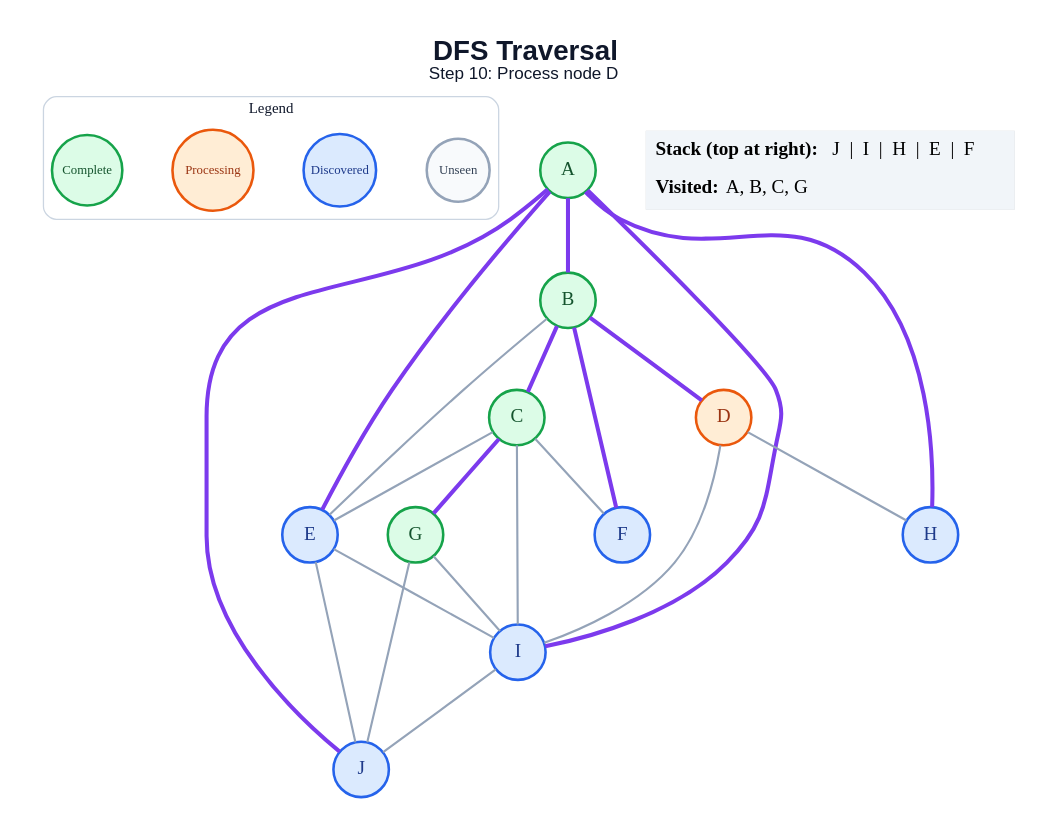
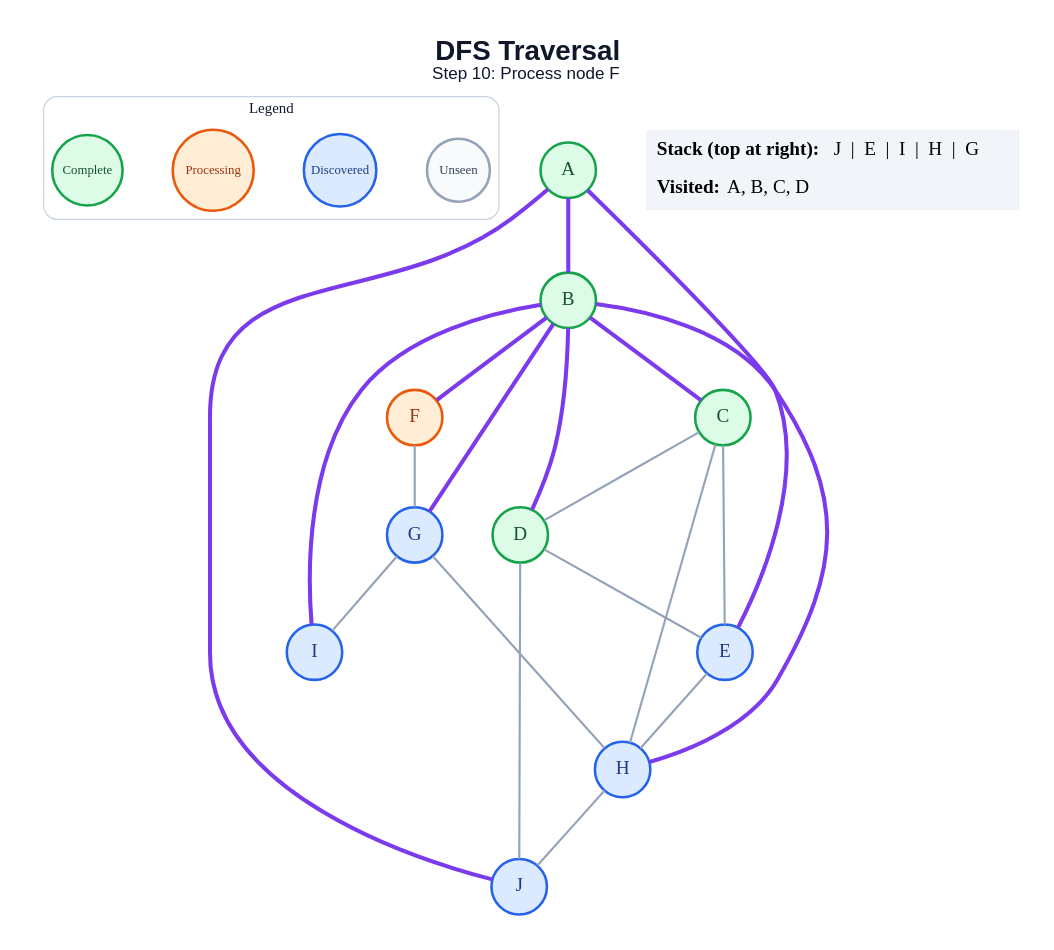
One commit to anon7238593-create/ai-slop changed the diagram in generated/dfs/step_10.dot. Above: the diagram before and after it, drawn with Graphviz. The commit also changed 178 other files, not shown here.

```diff
--- a/generated/dfs/step_10.dot
+++ b/generated/dfs/step_10.dot
@@ -1,49 +1,48 @@
 graph traversal {
   graph [layout=dot, rankdir=TB, bgcolor="#FFFFFF", pad="0.35", nodesep="0.65", ranksep="0.8", fontname="Arial"];
   node [shape=circle, style="filled", fontname="Arial Bold", fontsize=18, width=0.72, fixedsize=true, penwidth=2.4];
   edge [color="#94A3B8", penwidth=2.0];
-  label=<<B>DFS Traversal</B><BR/><FONT POINT-SIZE="16">Step 10: Process node D</FONT>>; labelloc="t"; fontsize=26; fontname="Arial"; fontcolor="#0F172A";
+  label=<<B>DFS Traversal</B><BR/><FONT POINT-SIZE="16">Step 10: Process node F</FONT>>; labelloc="t"; fontsize=26; fontname="Arial"; fontcolor="#0F172A";
   subgraph cluster_legend { label="Legend"; color="#CBD5E1"; penwidth=1.2; style="rounded"; fontsize=14; fontname="Arial Bold";
     key_unseen [label="Unseen", fillcolor="#F8FAFC", color="#94A3B8", fontcolor="#334155", fontsize=12, width=0.82];
     key_frontier [label="Discovered", fillcolor="#DBEAFE", color="#2563EB", fontcolor="#1E3A8A", fontsize=12, width=0.95];
     key_current [label="Processing", fillcolor="#FFEDD5", color="#EA580C", fontcolor="#9A3412", fontsize=12, width=1.05];
     key_done [label="Complete", fillcolor="#DCFCE7", color="#16A34A", fontcolor="#14532D", fontsize=12, width=0.92];
     { rank=same; key_unseen; key_frontier; key_current; key_done; }
   }
   A [fillcolor="#DCFCE7", color="#16A34A", fontcolor="#14532D"];
   B [fillcolor="#DCFCE7", color="#16A34A", fontcolor="#14532D"];
   C [fillcolor="#DCFCE7", color="#16A34A", fontcolor="#14532D"];
-  D [fillcolor="#FFEDD5", color="#EA580C", fontcolor="#9A3412"];
+  D [fillcolor="#DCFCE7", color="#16A34A", fontcolor="#14532D"];
   E [fillcolor="#DBEAFE", color="#2563EB", fontcolor="#1E3A8A"];
-  F [fillcolor="#DBEAFE", color="#2563EB", fontcolor="#1E3A8A"];
-  G [fillcolor="#DCFCE7", color="#16A34A", fontcolor="#14532D"];
+  F [fillcolor="#FFEDD5", color="#EA580C", fontcolor="#9A3412"];
+  G [fillcolor="#DBEAFE", color="#2563EB", fontcolor="#1E3A8A"];
   H [fillcolor="#DBEAFE", color="#2563EB", fontcolor="#1E3A8A"];
   I [fillcolor="#DBEAFE", color="#2563EB", fontcolor="#1E3A8A"];
   J [fillcolor="#DBEAFE", color="#2563EB", fontcolor="#1E3A8A"];
   A -- B [color="#7C3AED", penwidth=3.8];
   A -- E [color="#7C3AED", penwidth=3.8];
-  A -- H [color="#7C3AED", penwidth=3.8];
-  A -- I [color="#7C3AED", penwidth=3.8];
   A -- J [color="#7C3AED", penwidth=3.8];
   B -- C [color="#7C3AED", penwidth=3.8];
   B -- D [color="#7C3AED", penwidth=3.8];
-  B -- E;
   B -- F [color="#7C3AED", penwidth=3.8];
+  B -- G [color="#7C3AED", penwidth=3.8];
+  B -- H [color="#7C3AED", penwidth=3.8];
+  B -- I [color="#7C3AED", penwidth=3.8];
+  C -- D;
   C -- E;
-  C -- F;
-  C -- G [color="#7C3AED", penwidth=3.8];
-  C -- I;
-  D -- H;
-  D -- I;
-  E -- I;
-  E -- J;
+  C -- H;
+  D -- E;
+  D -- J;
+  E -- H;
+  F -- G;
+  G -- H;
   G -- I;
-  G -- J;
-  I -- J;
+  H -- J;
   status [shape=plain, fixedsize=false, width=0, height=0, margin=0, label=<
     <TABLE BORDER="0" CELLBORDER="0" CELLPADDING="7" BGCOLOR="#F1F5F9">
-      <TR><TD ALIGN="LEFT"><B>Stack (top at right):</B> J  |  I  |  H  |  E  |  F</TD></TR>
-      <TR><TD ALIGN="LEFT"><B>Visited:</B> A, B, C, G</TD></TR>
+      <TR><TD ALIGN="LEFT"><B>Stack (top at right):</B> J  |  E  |  I  |  H  |  G</TD></TR>
+      <TR><TD ALIGN="LEFT"><B>Visited:</B> A, B, C, D</TD></TR>
     </TABLE>
   >];
 }
```
